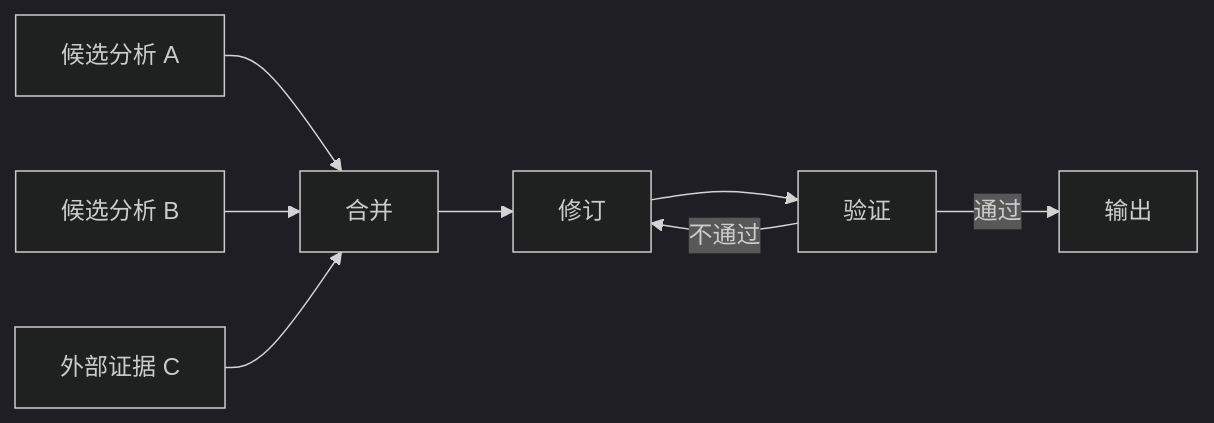
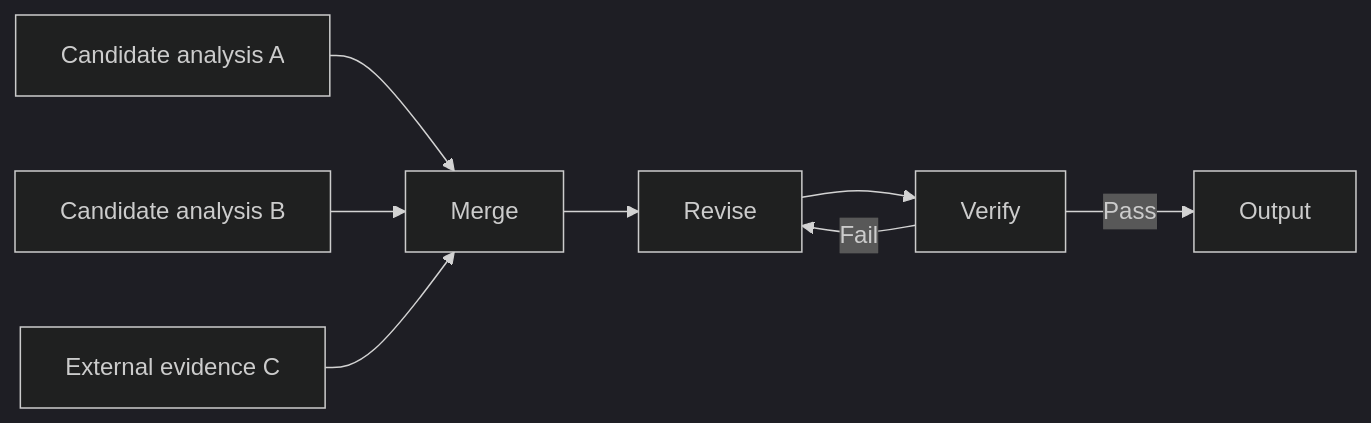
One commit to oneleaveknowsthefall/awesome-ai-roadmap changed the ninth of 17 diagrams in docs/agent/02-reasoning-planning/05-agent-reasoning-methods.md. Above: the diagram before and after it, drawn with Mermaid (dark theme). The commit also changed other lines of this file and 68 other files, not shown here.

````diff
--- a/docs/agent/02-reasoning-planning/05-agent-reasoning-methods.md
+++ b/docs/agent/02-reasoning-planning/05-agent-reasoning-methods.md
@@ -430,10 +430,10 @@
 ```mermaid
 flowchart LR
-    A[候选分析 A] --> M[合并]
-    B[候选分析 B] --> M
-    C[外部证据 C] --> M
-    M --> R[修订]
-    R --> V[验证]
-    V -->|不通过| R
-    V -->|通过| O[输出]
+    A[Candidate analysis A] --> M[Merge]
+    B[Candidate analysis B] --> M
+    C[External evidence C] --> M
+    M --> R[Revise]
+    R --> V[Verify]
+    V -->|Fail| R
+    V -->|Pass| O[Output]
 ```
````
